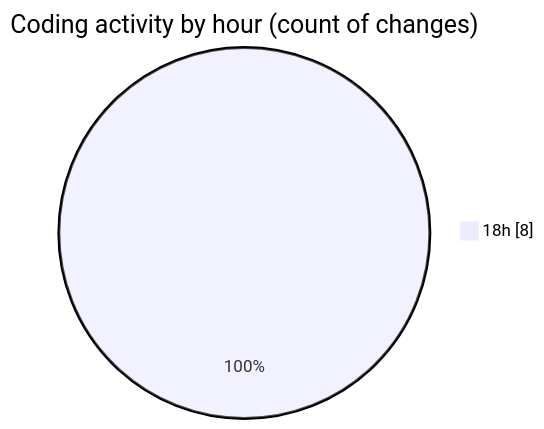
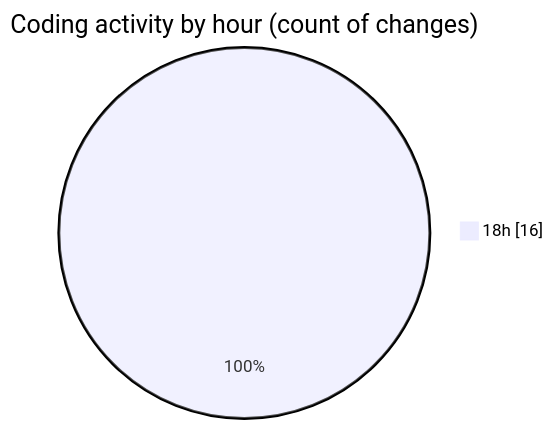
One commit to Netris89/code-tracking changed the second of 2 diagrams in 2025-03-20/back-end/README.md. Above: the diagram before and after it, drawn with Mermaid. The commit also changed other lines of this file and 1 other file, not shown here.

````diff
--- a/2025-03-20/back-end/README.md
+++ b/2025-03-20/back-end/README.md
@@ -31,5 +32,5 @@
 ```mermaid
 pie showData
 title Coding activity by hour (count of changes)
-"18h" : 8
+"18h" : 16
 ```
````
